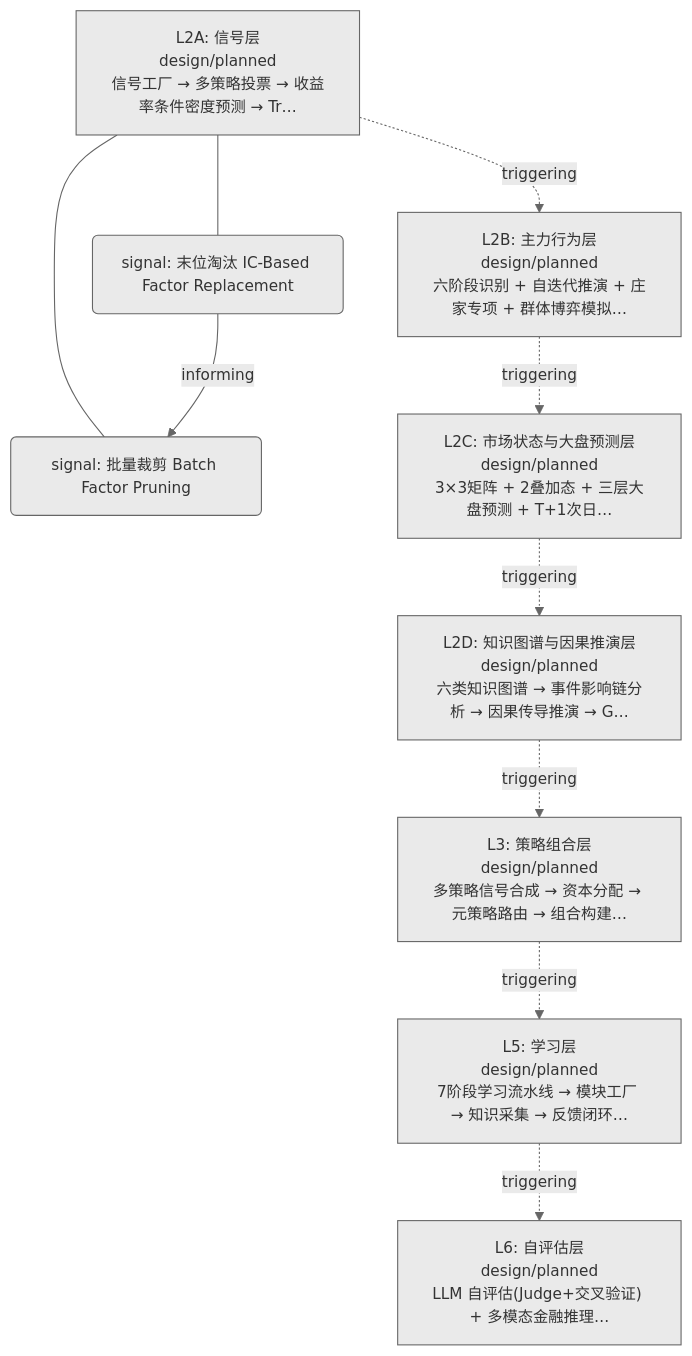
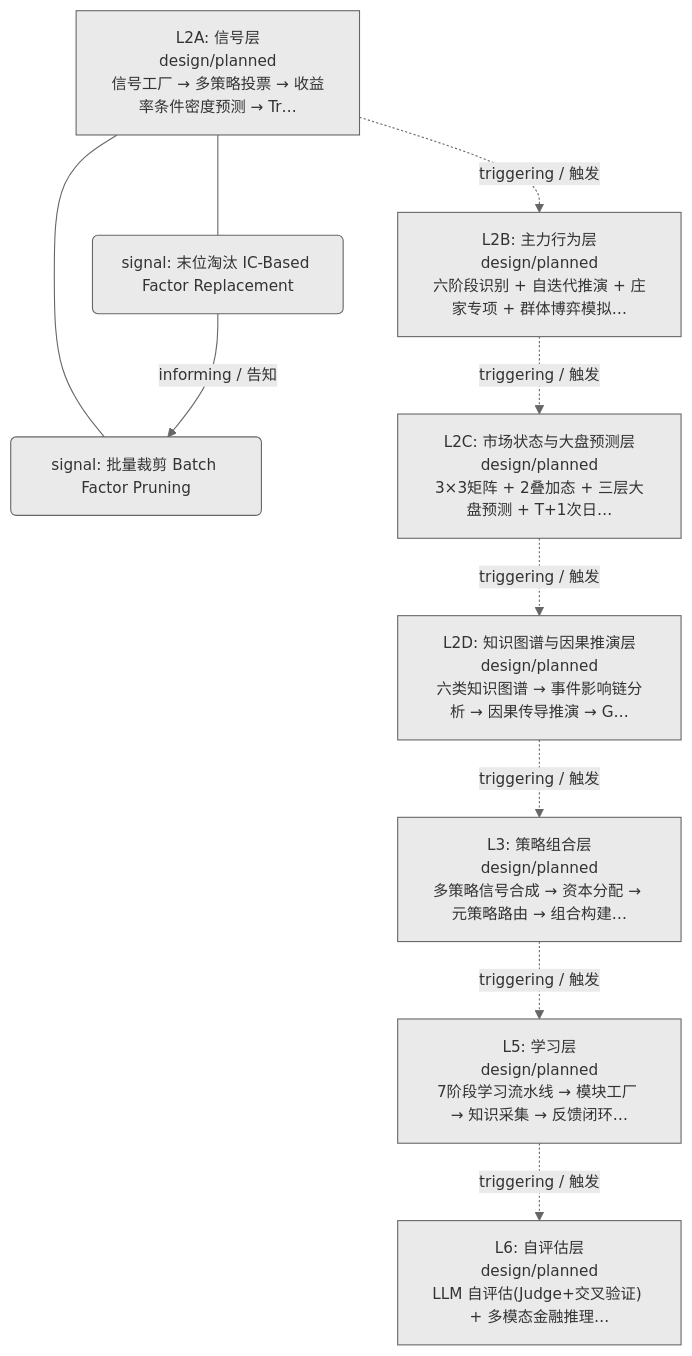
The first of 2 diagrams in docs/02_enterprise_architecture/06_decision_architecture/07_decision_l2a_factor.md (xuanFelixVan/ZephyrAlpha), drawn with Mermaid before and after one commit. The commit also changed other lines of this file and 23 other files, not shown here.

First line of the commit message:
feat(decision-diagram): mermaid 边标签加中文（triggering/触发 等）

````diff
--- a/docs/02_enterprise_architecture/06_decision_architecture/07_decision_l2a_factor.md
+++ b/docs/02_enterprise_architecture/06_decision_architecture/07_decision_l2a_factor.md
@@ -21,22 +21,22 @@
 ```mermaid
 %%{init: {'theme': 'base', 'themeVariables': {'primaryColor': '#eaeaea', 'primaryTextColor': '#333333', 'primaryBorderColor': '#666666', 'lineColor': '#666666', 'secondaryColor': '#eaeaea', 'tertiaryColor': '#eaeaea', 'fontSize': '14px'}}}%%
 flowchart TD
     LL2A["L2A: 信号层<br/>design/planned<br/>信号工厂 → 多策略投票 → 收益率条件密度预测 → Tr…"]
     N190("signal: 末位淘汰 IC-Based Factor Replacement")
     LL2A --- N190
     N191("signal: 批量裁剪 Batch Factor Pruning")
     LL2A --- N191
     LL2B["L2B: 主力行为层<br/>design/planned<br/>六阶段识别 + 自迭代推演 + 庄家专项 + 群体博弈模拟…"]
     LL2C["L2C: 市场状态与大盘预测层<br/>design/planned<br/>3×3矩阵 + 2叠加态 + 三层大盘预测 + T+1次日…"]
     LL2D["L2D: 知识图谱与因果推演层<br/>design/planned<br/>六类知识图谱 → 事件影响链分析 → 因果传导推演 → G…"]
     LL3["L3: 策略组合层<br/>design/planned<br/>多策略信号合成 → 资本分配 → 元策略路由 → 组合构建…"]
     LL5["L5: 学习层<br/>design/planned<br/>7阶段学习流水线 → 模块工厂 → 知识采集 → 反馈闭环…"]
     LL6["L6: 自评估层<br/>design/planned<br/>LLM 自评估(Judge+交叉验证) + 多模态金融推理…"]
-    LL2A -.->|triggering| LL2B
-    LL2B -.->|triggering| LL2C
-    LL2C -.->|triggering| LL2D
-    LL2D -.->|triggering| LL3
-    LL3 -.->|triggering| LL5
-    LL5 -.->|triggering| LL6
-    N190 -->|informing| N191
+    LL2A -.->|triggering / 触发| LL2B
+    LL2B -.->|triggering / 触发| LL2C
+    LL2C -.->|triggering / 触发| LL2D
+    LL2D -.->|triggering / 触发| LL3
+    LL3 -.->|triggering / 触发| LL5
+    LL5 -.->|triggering / 触发| LL6
+    N190 -->|informing / 告知| N191
 ```
````
